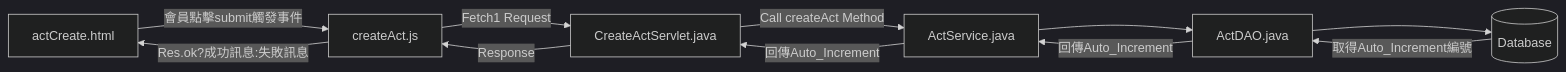
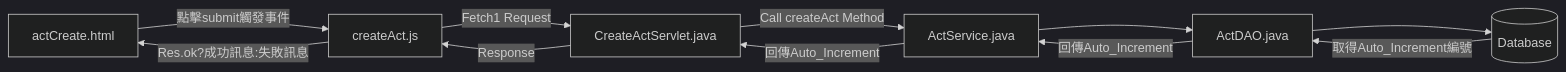
The second of 13 diagrams in README.md (TLexYuW/CGA103G1OwnPart), drawn with Mermaid (dark theme) before and after one commit. The commit also changed other lines of this file, not shown here.

````diff
--- a/README.md
+++ b/README.md
@@ -62,6 +62,6 @@
 ```mermaid
 flowchart LR
-	aC[actCreate.html] -->|會員點擊submit觸發事件| cA[createAct.js] -->|Fetch1 Request| CAS[CreateActServlet.java] 
+	aC[actCreate.html] -->|點擊submit觸發事件| cA[createAct.js] -->|Fetch1 Request| CAS[CreateActServlet.java] 
 	-->|Call createAct Method| AS[ActService.java] --> AD[ActDAO.java] --> DB[(Database)]
 	DB -->|取得Auto_Increment編號| AD -->|回傳Auto_Increment| AS -->|回傳Auto_Increment| CAS -->|Response| cA -->|Res.ok?成功訊息:失敗訊息| aC
 ```
````
